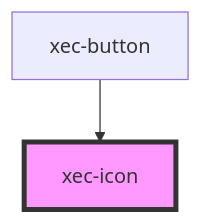
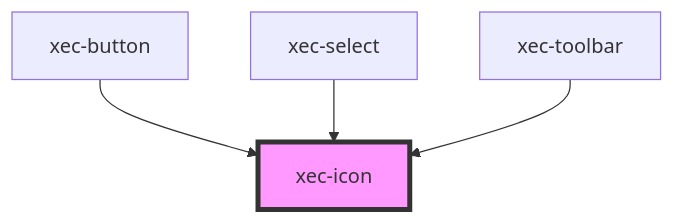
Before and after one commit to scribes-app/tei-component-suite: the diagram in src/components/xec-icon/readme.md, drawn with Mermaid. The commit also changed other lines of this file and 20 other files, not shown here.

````diff
--- a/src/components/xec-icon/readme.md
+++ b/src/components/xec-icon/readme.md
@@ -31,5 +33,7 @@
 ```mermaid
 graph TD;
   xec-button --> xec-icon
+  xec-select --> xec-icon
+  xec-toolbar --> xec-icon
   style xec-icon fill:#f9f,stroke:#333,stroke-width:4px
 ```
````
